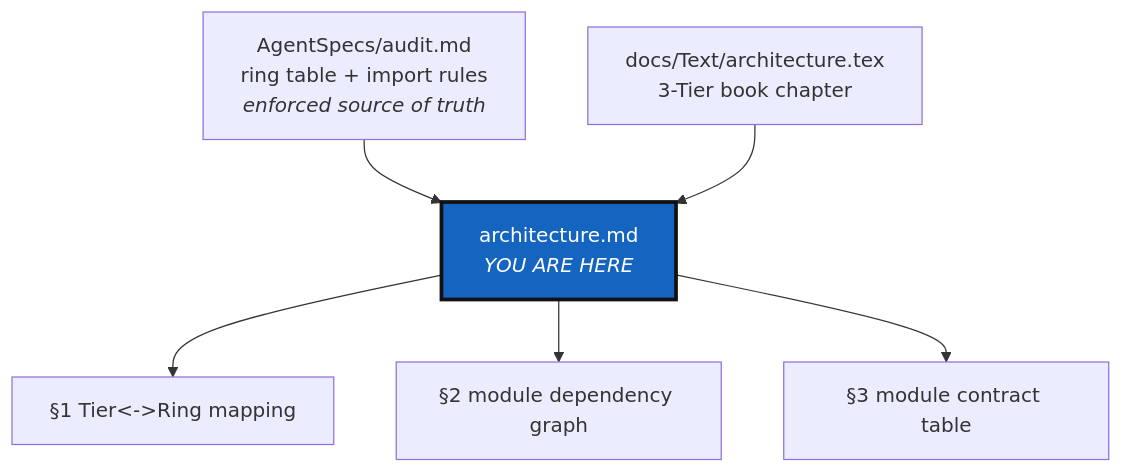
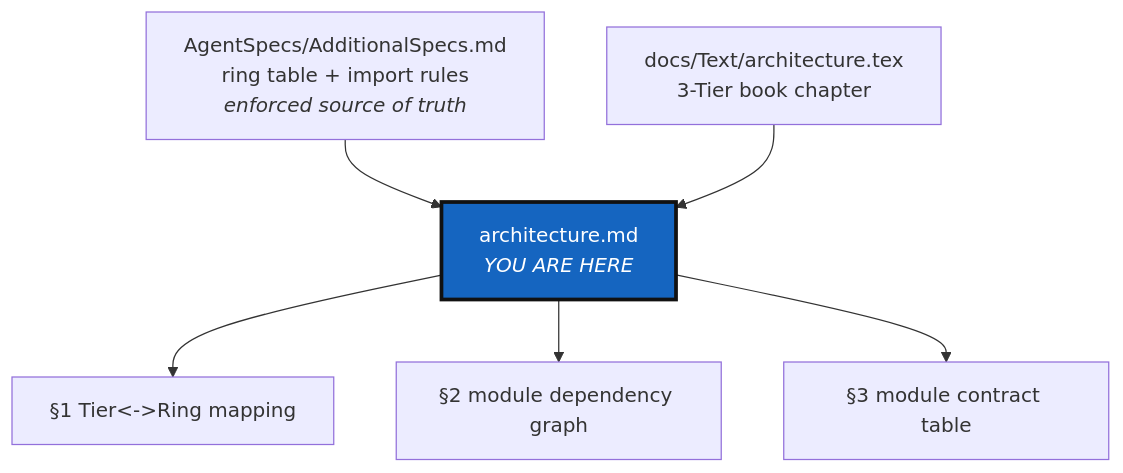
The first of 2 diagrams in docs/DevGuide/architecture.md (flipoyo/ComplexGitSync), drawn with Mermaid before and after one commit. The commit also changed other lines of this file and 11 other files, not shown here.

First line of the commit message:
split audit.md/DOCSTYLE.md/AGENT.md into template vs. project instance (WP-SPEC1-4)

````diff
--- a/docs/DevGuide/architecture.md
+++ b/docs/DevGuide/architecture.md
@@ -39,11 +41,11 @@
 ```mermaid
 graph TD
-    AUDIT["AgentSpecs/audit.md<br/>ring table + import rules<br/><i>enforced source of truth</i>"] --> ARCH["architecture.md<br/><i>YOU ARE HERE</i>"]
+    AUDIT["AgentSpecs/AdditionalSpecs.md<br/>ring table + import rules<br/><i>enforced source of truth</i>"] --> ARCH["architecture.md<br/><i>YOU ARE HERE</i>"]
     TEX["docs/Text/architecture.tex<br/>3-Tier book chapter"] --> ARCH
     ARCH --> MAP["§1 Tier<->Ring mapping"]
     ARCH --> GRAPH["§2 module dependency graph"]
     ARCH --> TABLE["§3 module contract table"]
 
     classDef here fill:#1565C0,color:#fff,stroke:#111,stroke-width:3px;
     class ARCH here;
 ```
````
